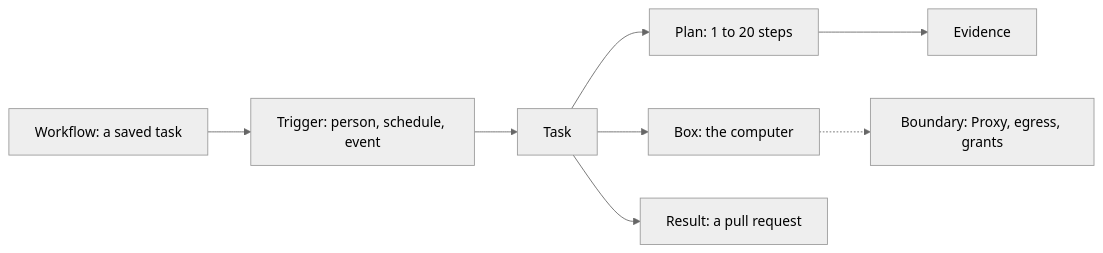
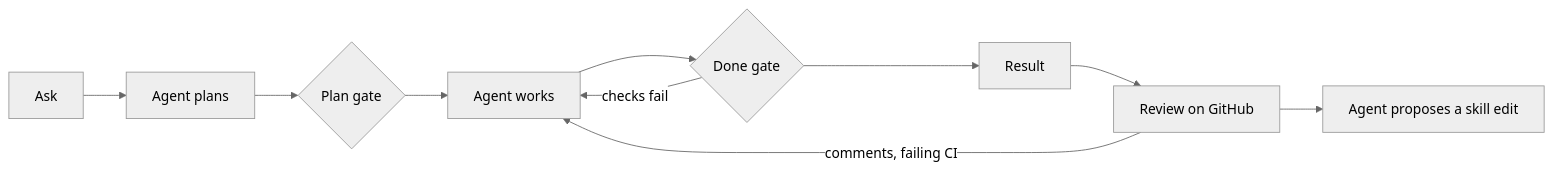
The second of 4 diagrams in docs/specs/position.md (IniZio/moor), drawn with Mermaid (neutral theme) before and after one commit. The commit also changed other lines of this file, not shown here.

Commit message:
docs(specs): replace the step plan with skills and a contract

````diff
--- a/docs/specs/position.md
+++ b/docs/specs/position.md
@@ -116,10 +134,12 @@
 ```mermaid
 flowchart LR
-	TR[Trigger: person, schedule, event] --> T[Task]
-	W[Workflow: a saved task] --> TR
-	T --> P[Plan: 1 to 20 steps]
-	T --> B[Box: the computer]
-	P --> E[Evidence]
-	T --> R[Result: a pull request]
-	B -.-> X[Boundary: Proxy, egress, grants]
+	A[Ask] --> PL[Agent plans]
+	PL --> G1{Plan gate}
+	G1 --> W[Agent works]
+	W --> G2{Done gate}
+	G2 -->|checks fail| W
+	G2 --> R[Result]
+	R --> RV[Review on GitHub]
+	RV -->|comments, failing CI| W
+	RV --> L[Agent proposes a skill edit]
 ```
````
